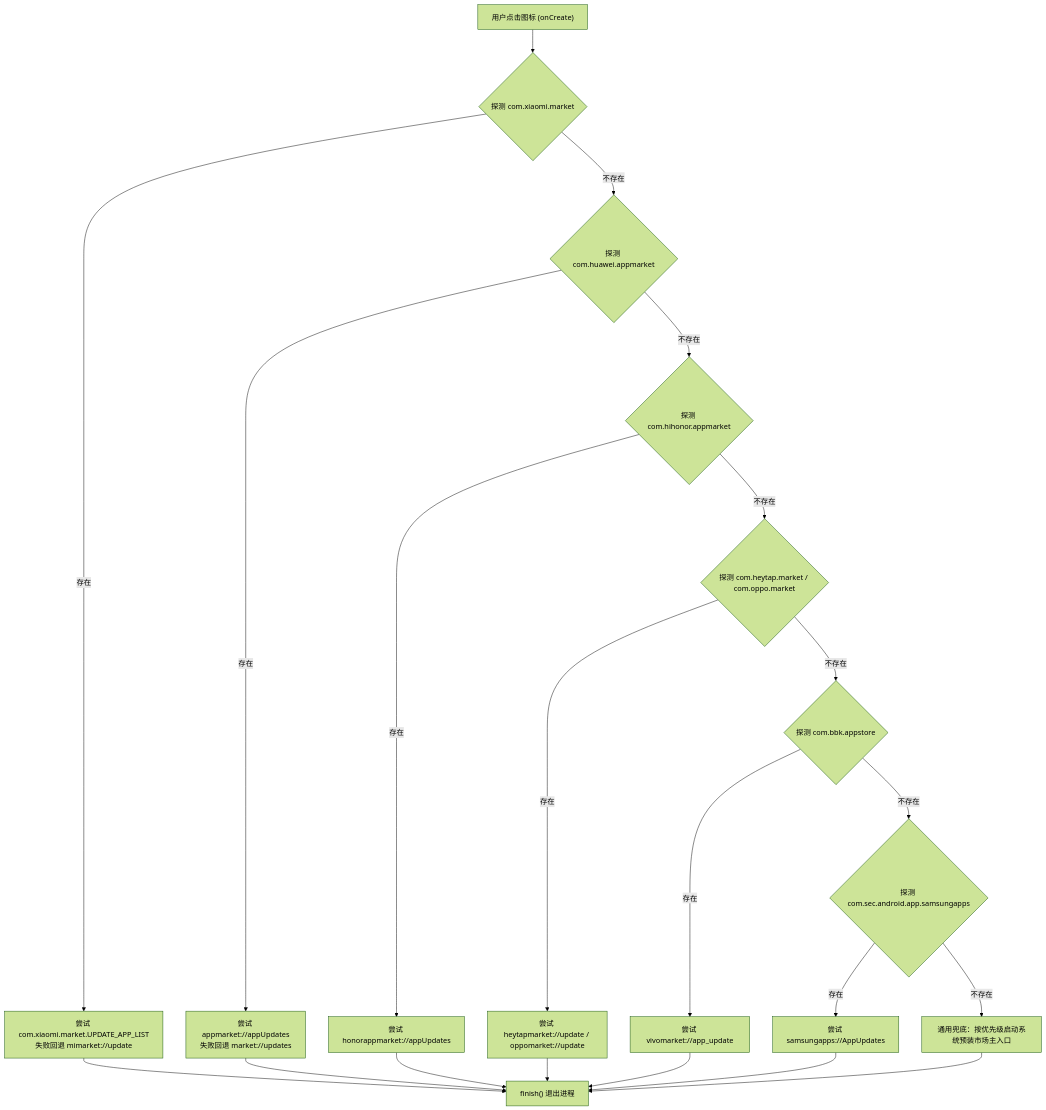
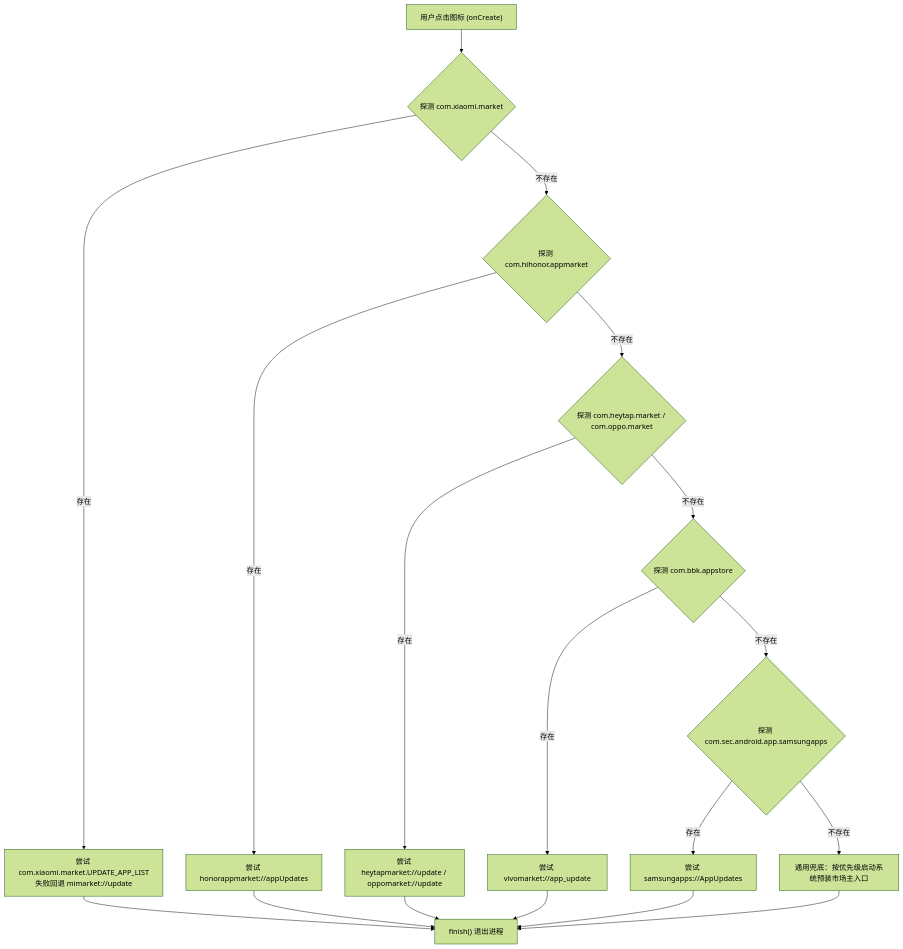
The diagram in docs/modules/market-dispatcher.md (helikejinx/quick-update), drawn with Mermaid (forest theme) before and after one commit. The commit also changed other lines of this file and 10 other files, not shown here.

````diff
--- a/docs/modules/market-dispatcher.md
+++ b/docs/modules/market-dispatcher.md
@@ -22,24 +22,21 @@
 ```mermaid
 flowchart TD
     Launch["用户点击图标 (onCreate)"] --> Xiaomi{"探测 com.xiaomi.market"}
     Xiaomi -- "存在" --> TryMi["尝试 com.xiaomi.market.UPDATE_APP_LIST<br>失败回退 mimarket://update"]
-    Xiaomi -- "不存在" --> Huawei{"探测 com.huawei.appmarket"}
-    Huawei -- "存在" --> TryHw["尝试 appmarket://appUpdates<br>失败回退 market://updates"]
-    Huawei -- "不存在" --> Honor{"探测 com.hihonor.appmarket"}
+    Xiaomi -- "不存在" --> Honor{"探测 com.hihonor.appmarket"}
     Honor -- "存在" --> TryHonor["尝试 honorappmarket://appUpdates"]
     Honor -- "不存在" --> Oppo{"探测 com.heytap.market / com.oppo.market"}
     Oppo -- "存在" --> TryOppo["尝试 heytapmarket://update / oppomarket://update"]
     Oppo -- "不存在" --> Vivo{"探测 com.bbk.appstore"}
     Vivo -- "存在" --> TryVivo["尝试 vivomarket://app_update"]
     Vivo -- "不存在" --> Samsung{"探测 com.sec.android.app.samsungapps"}
     Samsung -- "存在" --> TrySamsung["尝试 samsungapps://AppUpdates"]
     Samsung -- "不存在" --> Fallback["通用兜底：按优先级启动系统预装市场主入口"]
     
     TryMi --> Finish["finish() 退出进程"]
-    TryHw --> Finish
     TryHonor --> Finish
     TryOppo --> Finish
     TryVivo --> Finish
     TrySamsung --> Finish
     Fallback --> Finish
 ```
````
